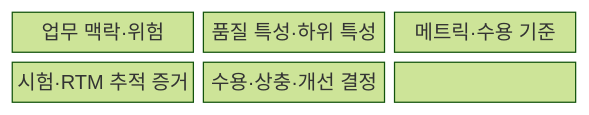
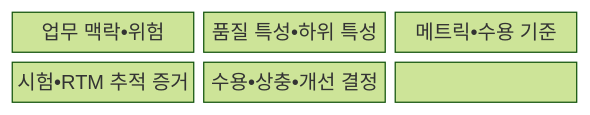
The first of 2 diagrams in src/content/docs/notes/06-evaluation/030_quality_characteristics.md (agnusdei1207/knowledge-base), drawn with Mermaid (forest theme) before and after one commit. The commit also changed other lines of this file and 953 other files, not shown here.

````diff
--- a/src/content/docs/notes/06-evaluation/030_quality_characteristics.md
+++ b/src/content/docs/notes/06-evaluation/030_quality_characteristics.md
@@ -68,11 +68,11 @@
 ```mermaid
 block-beta
   columns 3
-  B["업무 맥락·위험"]
-  C["품질 특성·하위 특성"]
-  M["메트릭·수용 기준"]
-  T["시험·RTM 추적 증거"]
-  D["수용·상충·개선 결정"]
+  B["업무 맥락•위험"]
+  C["품질 특성•하위 특성"]
+  M["메트릭•수용 기준"]
+  T["시험•RTM 추적 증거"]
+  D["수용•상충•개선 결정"]
   B --- C --- M
   M --- T --- D
 ```
````
